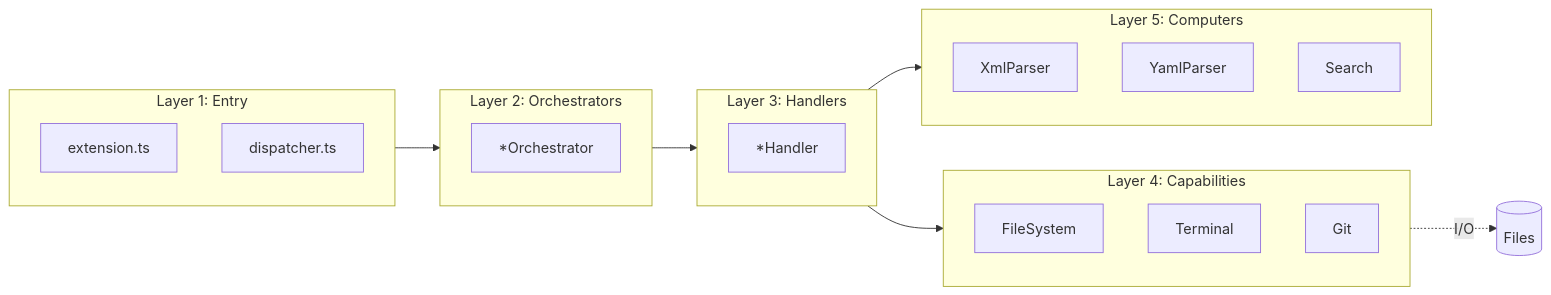
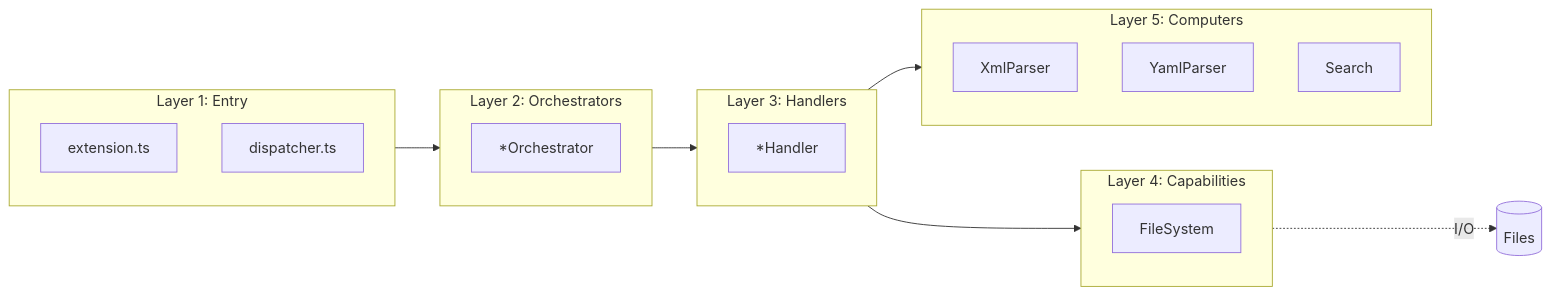
The second of 2 diagrams in .festinalente/engineering/overview.md (mattfletcher94/festinalente), drawn with Mermaid before and after one commit. The commit also changed other lines of this file and 21 other files, not shown here.

````diff
--- a/.festinalente/engineering/overview.md
+++ b/.festinalente/engineering/overview.md
@@ -79,33 +79,31 @@
 ```mermaid
 flowchart LR
     subgraph Layer1["Layer 1: Entry"]
         EXT["extension.ts"]
         DISP["dispatcher.ts"]
     end
 
     subgraph Layer2["Layer 2: Orchestrators"]
         ORCH["*Orchestrator"]
     end
 
     subgraph Layer3["Layer 3: Handlers"]
         HAND["*Handler"]
     end
 
     subgraph Layer4["Layer 4: Capabilities"]
         FS["FileSystem"]
-        TERM["Terminal"]
-        GIT["Git"]
     end
 
     subgraph Layer5["Layer 5: Computers"]
         XML["XmlParser"]
         YAML["YamlParser"]
         SEARCH["Search"]
     end
 
     Layer1 --> Layer2
     Layer2 --> Layer3
     Layer3 --> Layer4
     Layer3 --> Layer5
     Layer4 -.->|"I/O"| DB[(Files)]
 ```
````
